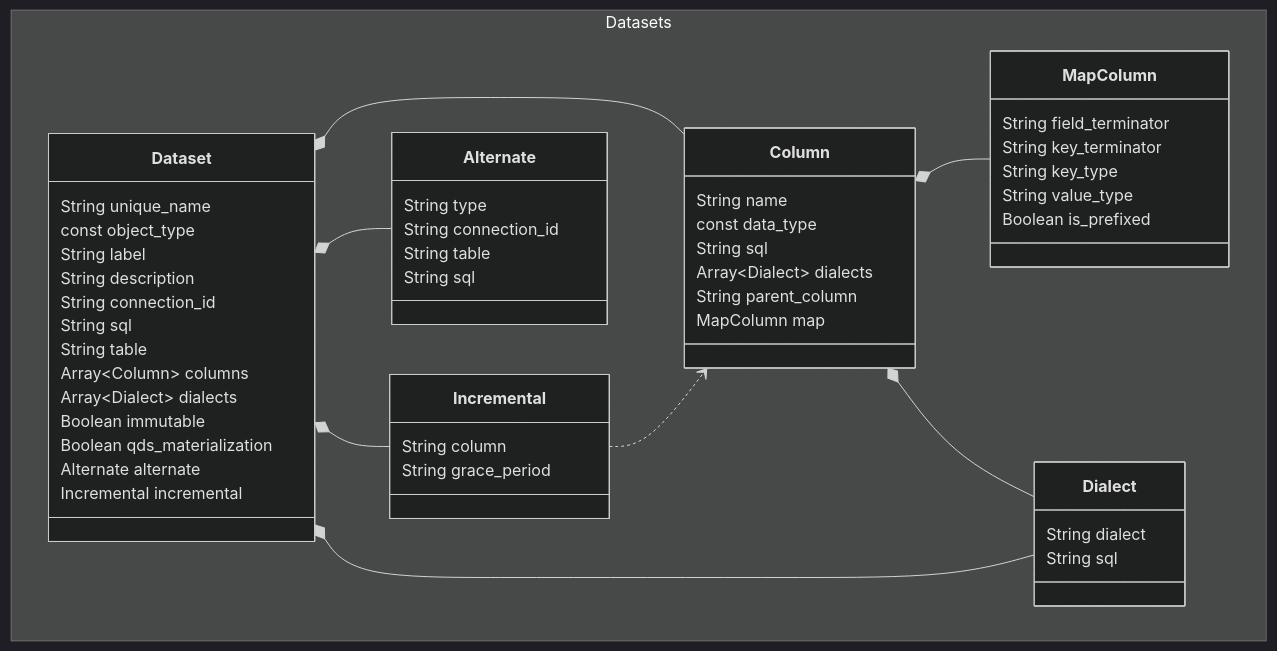
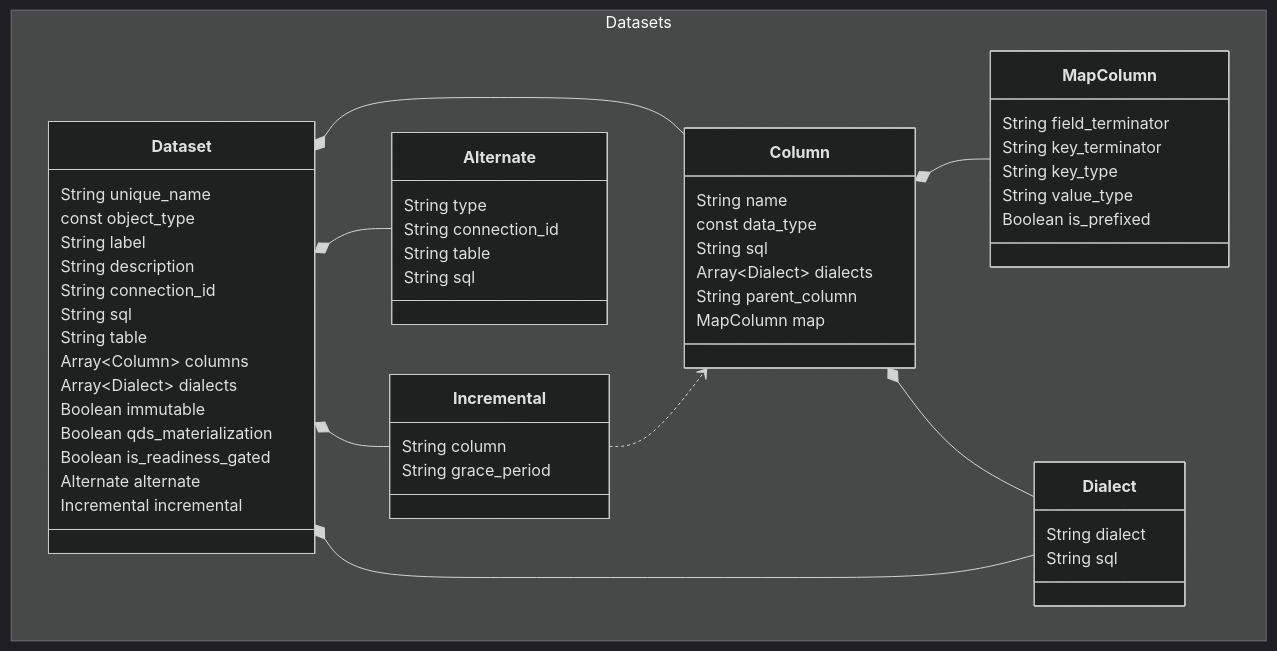
The diagram in sml-reference/dataset.md (semanticdatalayer/SML), drawn with Mermaid (dark theme) before and after one commit. The commit also changed other lines of this file, not shown here.

Commit message:
docs: add is_readiness_gated property to dataset spec

````diff
--- a/sml-reference/dataset.md
+++ b/sml-reference/dataset.md
@@ -143,56 +143,57 @@
 ```mermaid
 classDiagram
     Dataset *-- Column
     Dataset *-- Alternate
     Dataset *-- Incremental
     Incremental ..> Column
     Column *-- MapColumn
     Dataset *-- Dialect
     Column *-- Dialect
 namespace Datasets{
     class Dataset{
       String unique_name
       const object_type
       String label
       String description
       String connection_id
       String sql
       String table
       Array~Column~ columns
       Array~Dialect~ dialects
       Boolean immutable
       Boolean qds_materialization
+      Boolean is_readiness_gated
       Alternate alternate
       Incremental incremental
     }
     class Column{
       String name
       const data_type
       String sql
       Array~Dialect~ dialects
       String parent_column
       MapColumn map
     }
     class Dialect{
       String dialect
       String sql
     }
     class Alternate{
       String type
       String connection_id
       String table
       String sql
     }
     class Incremental{
       String column
       String grace_period
     }
     class MapColumn{
       String field_terminator
       String key_terminator
       String key_type
       String value_type
       Boolean is_prefixed
     }
 }
 ```
````
